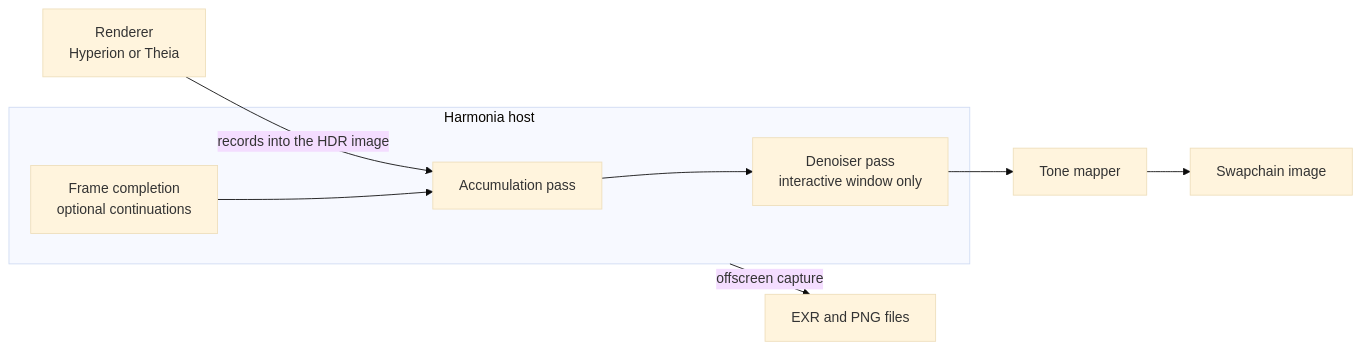
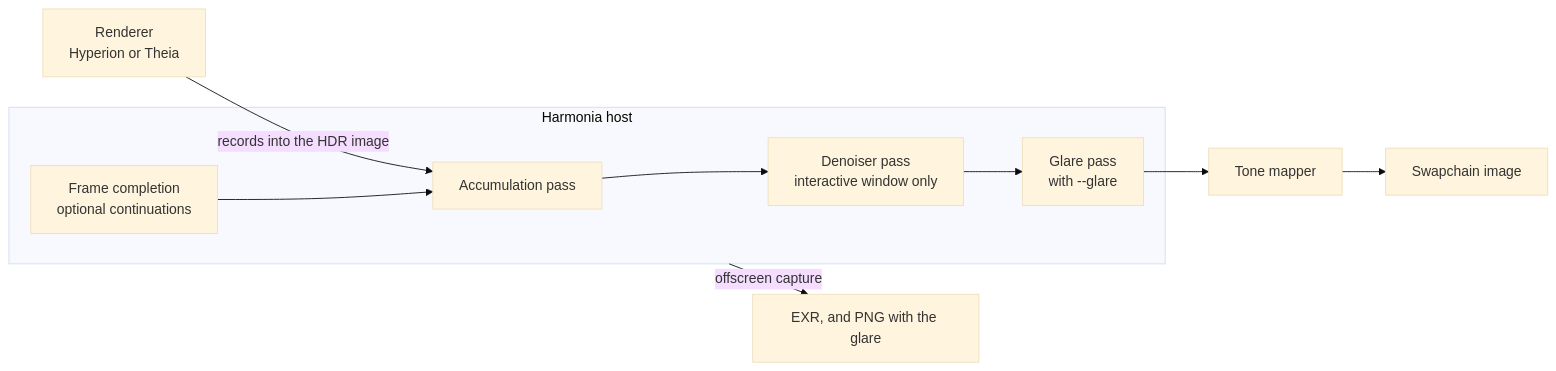
The second of 2 diagrams in README.md (McNopper/Harmonia), drawn with Mermaid (base theme) before and after one commit. The commit also changed other lines of this file and 32 other files, not shown here.

````diff
--- a/README.md
+++ b/README.md
@@ -98,10 +99,11 @@
 ```mermaid
 flowchart LR
     R["Renderer<br/>Hyperion or Theia"] -->|"records into the HDR image"| A
     subgraph HOST["Harmonia host"]
         C["Frame completion<br/>optional continuations"] --> A["Accumulation pass"]
         A --> D["Denoiser pass<br/>interactive window only"]
+        D --> G["Glare pass<br/>with --glare"]
     end
-    D --> T["Tone mapper"] --> S["Swapchain image"]
-    HOST -->|"offscreen capture"| F["EXR and PNG files"]
+    G --> T["Tone mapper"] --> S["Swapchain image"]
+    HOST -->|"offscreen capture"| F["EXR, and PNG with the glare"]
 ```
````
